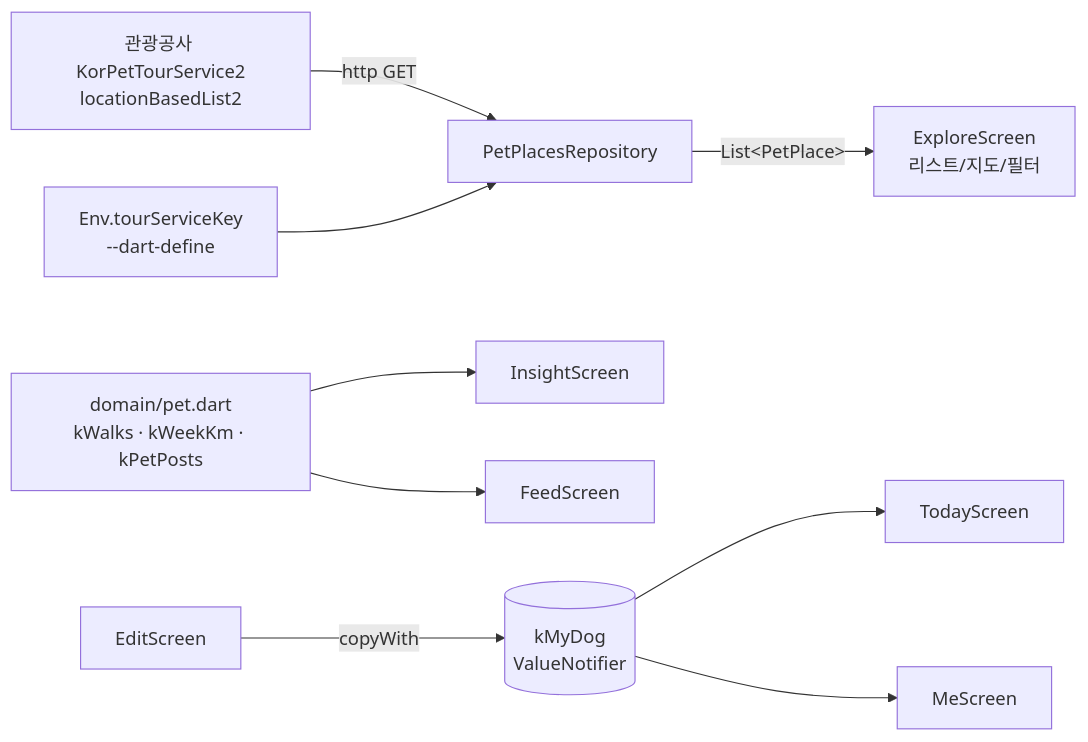
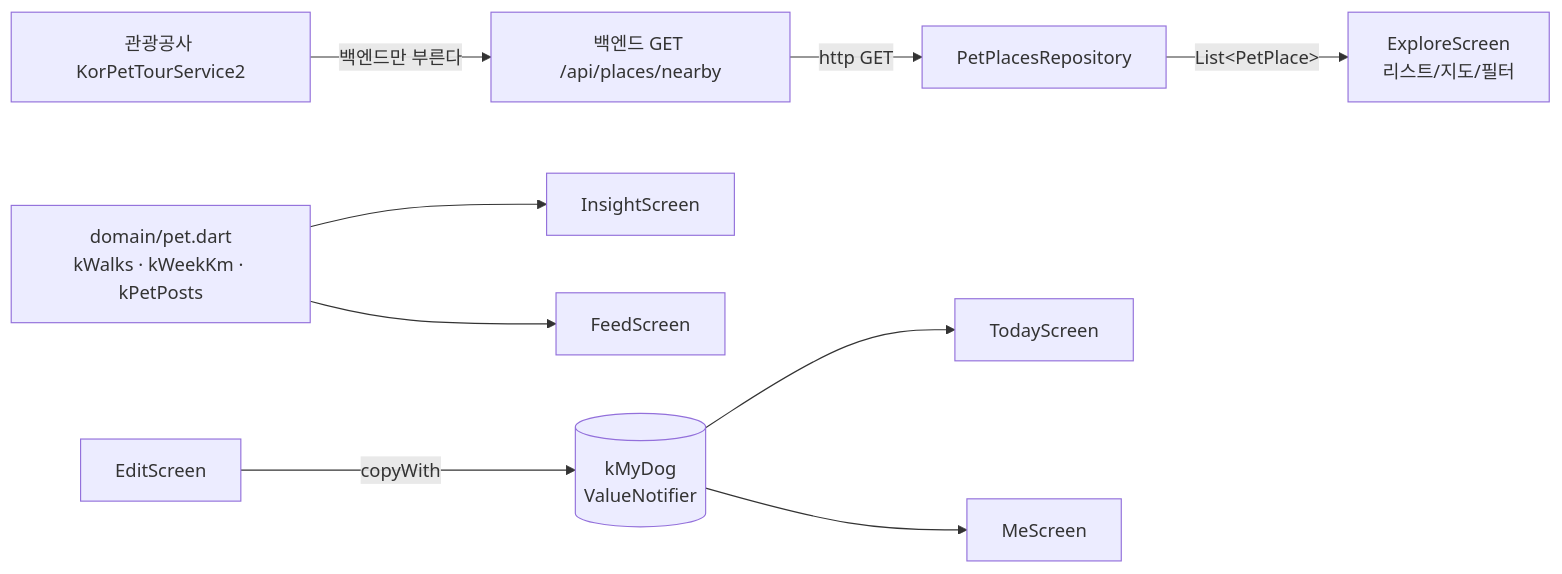
One commit to sanghyunbang/pawloop changed the second of 2 diagrams in docs/02-architecture/frontend-structure.md. Above: the diagram before and after it, drawn with Mermaid. The commit also changed other lines of this file and 15 other files, not shown here.

````diff
--- a/docs/02-architecture/frontend-structure.md
+++ b/docs/02-architecture/frontend-structure.md
@@ -145,12 +145,12 @@
 ```mermaid
 flowchart LR
-  KTO[관광공사 KorPetTourService2\nlocationBasedList2] -->|http GET| Repo[PetPlacesRepository]
-  Env[Env.tourServiceKey\n--dart-define] --> Repo
+  KTO[관광공사 KorPetTourService2] -->|백엔드만 부른다| Backend[백엔드 GET /api/places/nearby]
+  Backend -->|http GET| Repo[PetPlacesRepository]
   Repo -->|List&lt;PetPlace&gt;| Explore[ExploreScreen\n리스트/지도/필터]
 
   Sample[domain/pet.dart\nkWalks · kWeekKm · kPetPosts] --> Insight[InsightScreen]
   Sample --> Feed[FeedScreen]
   Global[(kMyDog\nValueNotifier)] --> Today[TodayScreen]
   Global --> Me[MeScreen]
   Edit[EditScreen] -->|copyWith| Global
 ```
````
